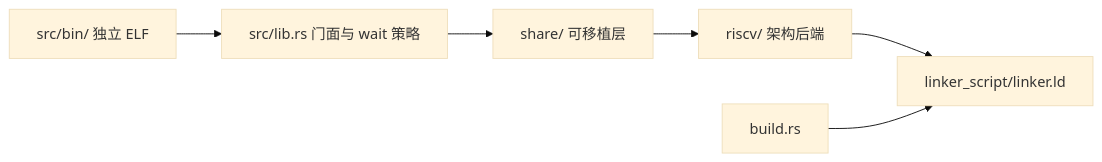
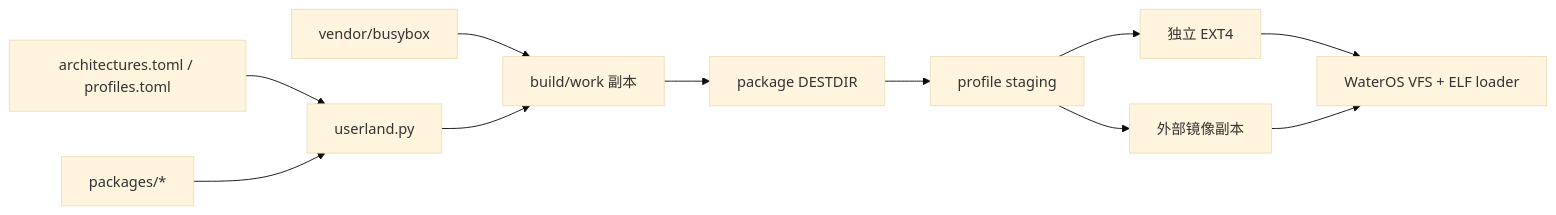
The diagram in docs/exports/architecture/userland.md (zhitian111/WaterOS), drawn with Mermaid (base theme) before and after one commit. The commit also changed other lines of this file and 2752 other files, not shown here.

````diff
--- a/docs/exports/architecture/userland.md
+++ b/docs/exports/architecture/userland.md
@@ -44,15 +12,13 @@
 ```mermaid
 flowchart LR
-    lib[src/lib.rs 门面与 wait 策略]
-    shareMod[share/ 可移植层]
-    riscvMod[riscv/ 架构后端]
-    binDir[src/bin/ 独立 ELF]
-    ld[linker_script/linker.ld]
-    build[build.rs]
-
-    lib --> shareMod
-    shareMod --> riscvMod
-    binDir --> lib
-    riscvMod --> ld
-    build --> ld
+    Config[architectures.toml / profiles.toml] --> Orchestrator[userland.py]
+    Package[packages/*] --> Orchestrator
+    Vendor[vendor/busybox] --> Work[build/work 副本]
+    Orchestrator --> Work
+    Work --> Dest[package DESTDIR]
+    Dest --> Stage[profile staging]
+    Stage --> Image[独立 EXT4]
+    Stage --> Overlay[外部镜像副本]
+    Image --> Kernel[WaterOS VFS + ELF loader]
+    Overlay --> Kernel
 ```
````
